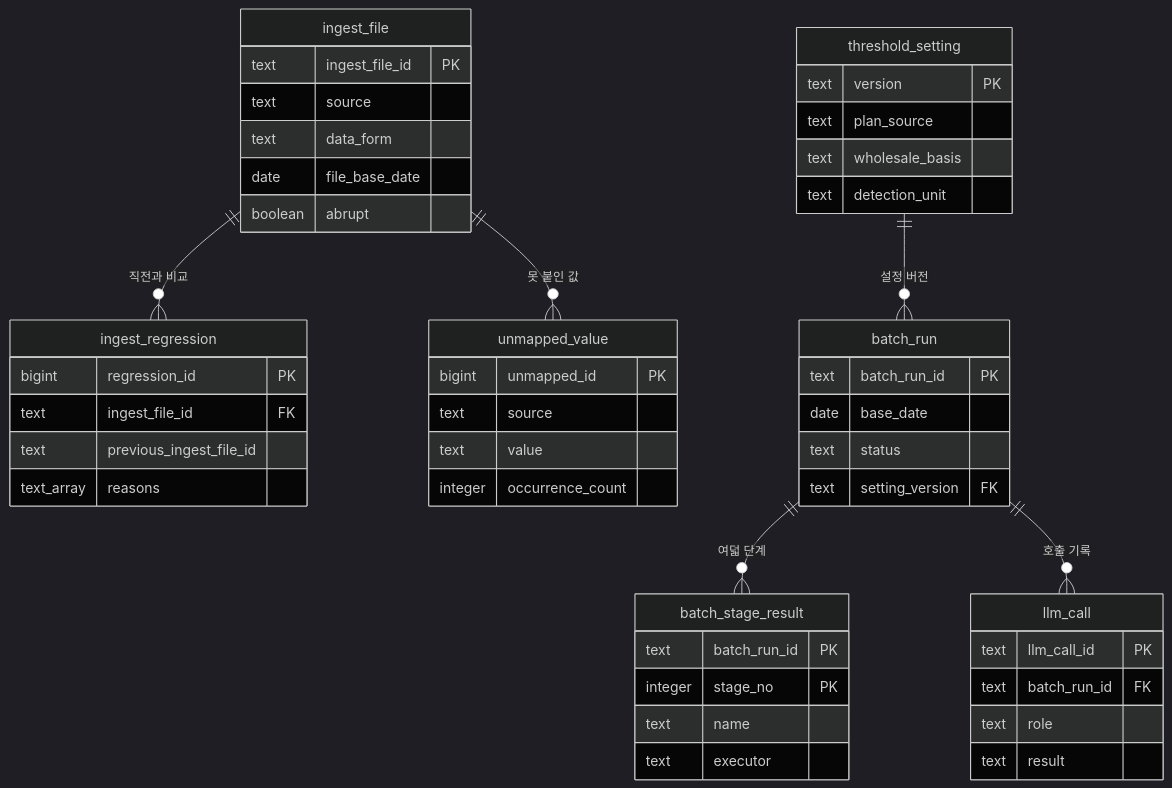
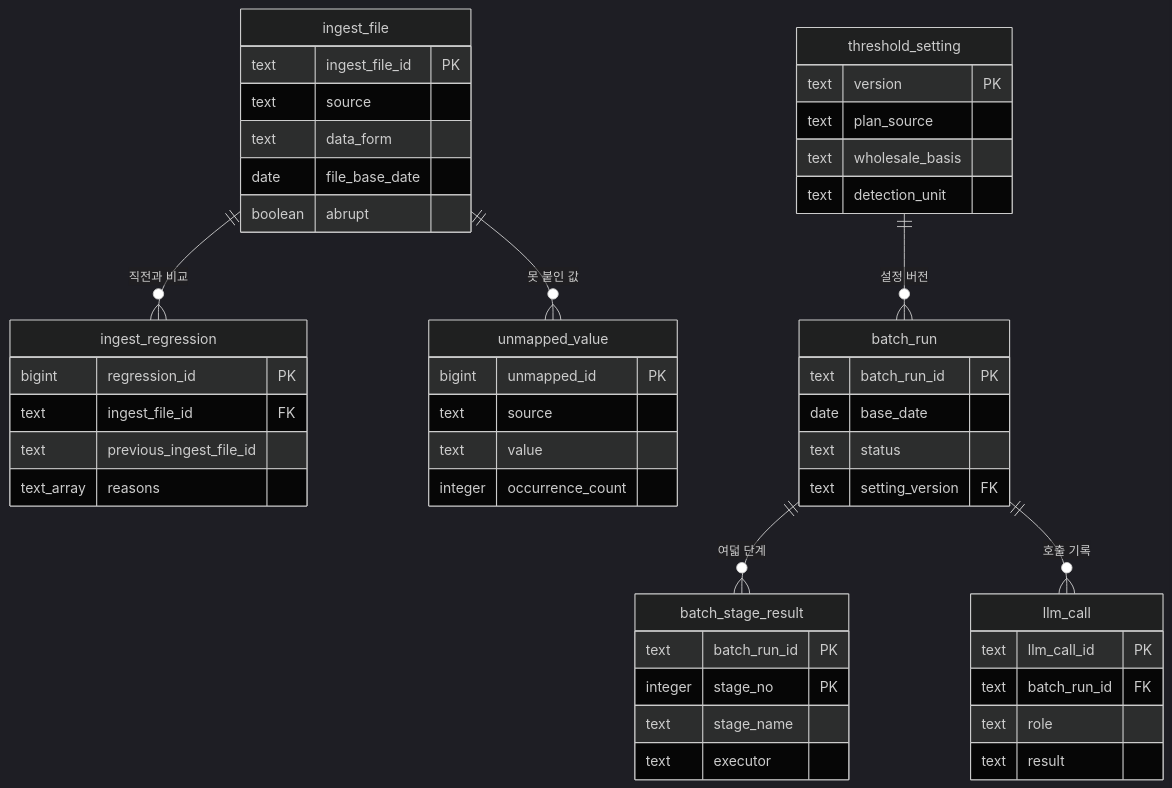
The seventh of 7 diagrams in docs/specs/06-DOM/TBL-DOM-003.md (HoyoungParkme/tableau_platform), drawn with Mermaid (dark theme) before and after one commit. The commit also changed other lines of this file, not shown here.

````diff
--- a/docs/specs/06-DOM/TBL-DOM-003.md
+++ b/docs/specs/06-DOM/TBL-DOM-003.md
@@ -399,51 +429,51 @@
 ```mermaid
 erDiagram
   ingest_file {
     text ingest_file_id PK
     text source
     text data_form
     date file_base_date
     boolean abrupt
   }
   ingest_regression {
     bigint regression_id PK
     text ingest_file_id FK
     text previous_ingest_file_id
     text_array reasons
   }
   batch_run {
     text batch_run_id PK
     date base_date
     text status
     text setting_version FK
   }
   batch_stage_result {
     text batch_run_id PK
     integer stage_no PK
-    text name
+    text stage_name
     text executor
   }
   llm_call {
     text llm_call_id PK
     text batch_run_id FK
     text role
     text result
   }
   threshold_setting {
     text version PK
     text plan_source
     text wholesale_basis
     text detection_unit
   }
   unmapped_value {
     bigint unmapped_id PK
     text source
     text value
     integer occurrence_count
   }
   ingest_file ||--o{ ingest_regression : "직전과 비교"
   ingest_file ||--o{ unmapped_value : "못 붙인 값"
   batch_run ||--o{ batch_stage_result : "여덟 단계"
   batch_run ||--o{ llm_call : "호출 기록"
   threshold_setting ||--o{ batch_run : "설정 버전"
 ```
````
